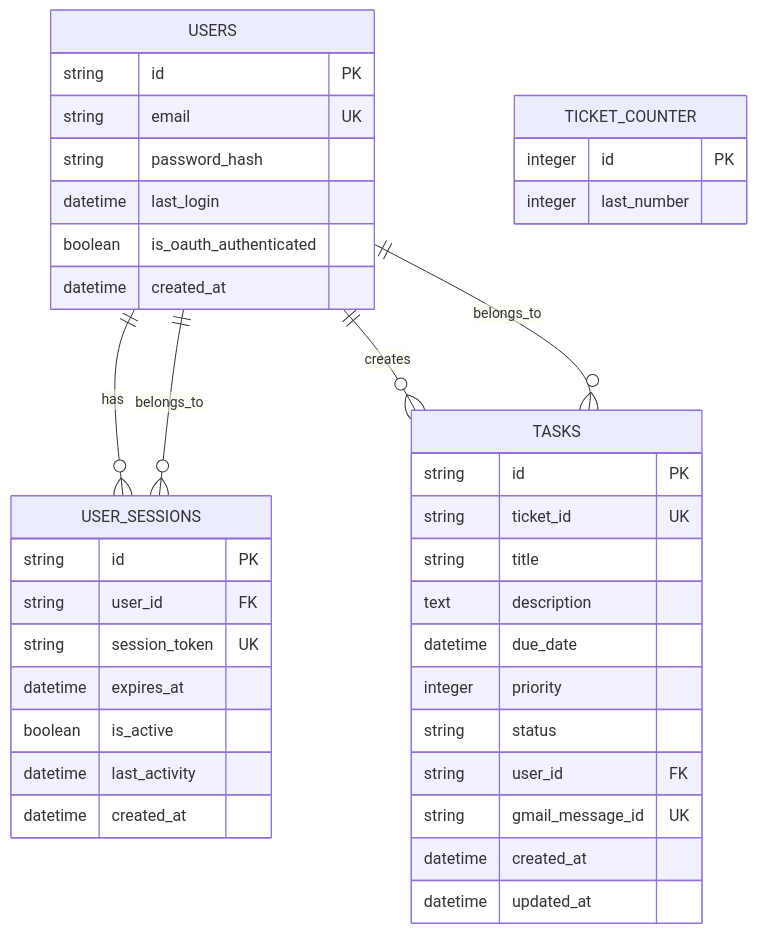
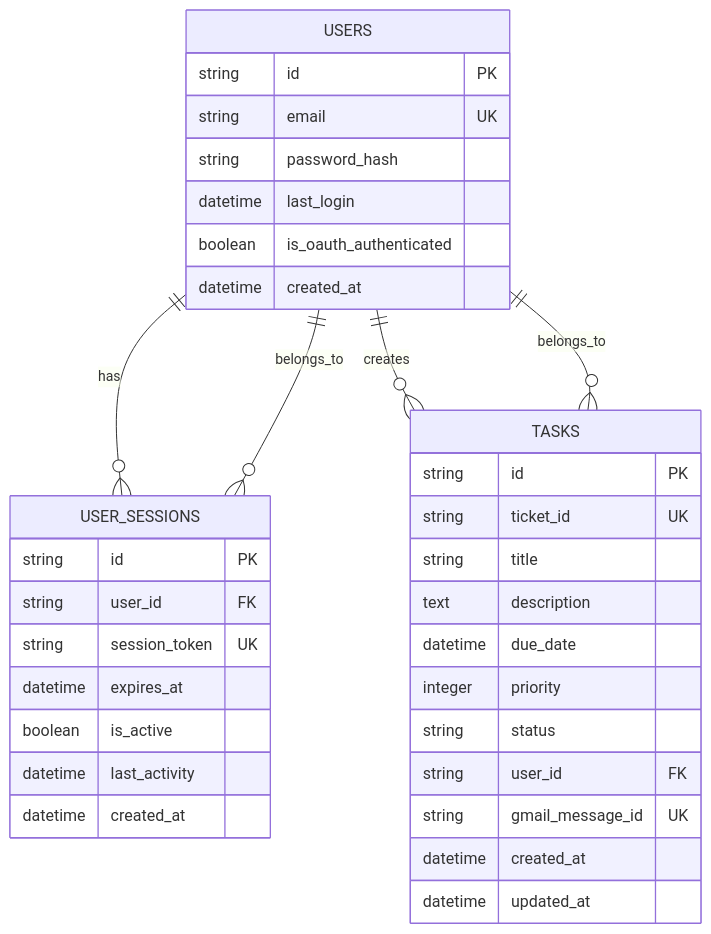
Before and after one commit to ThibautHurson/AssistantToTheRegionalManager: the second of 7 diagrams in README.md, drawn with Mermaid. The commit also changed other lines of this file and 2 other files, not shown here.

````diff
--- a/README.md
+++ b/README.md
@@ -267,45 +231,41 @@
 ```mermaid
 erDiagram
     USERS {
         string id PK
         string email UK
         string password_hash
         datetime last_login
         boolean is_oauth_authenticated
         datetime created_at
     }
     
     USER_SESSIONS {
         string id PK
         string user_id FK
         string session_token UK
         datetime expires_at
         boolean is_active
         datetime last_activity
         datetime created_at
     }
     
     TASKS {
         string id PK
         string ticket_id UK
         string title
         text description
         datetime due_date
         integer priority
         string status
         string user_id FK
         string gmail_message_id UK
         datetime created_at
         datetime updated_at
     }
     
-    TICKET_COUNTER {
-        integer id PK
-        integer last_number
-    }
     
     USERS ||--o{ USER_SESSIONS : "has"
     USERS ||--o{ TASKS : "creates"
     USER_SESSIONS }o--|| USERS : "belongs_to"
     TASKS }o--|| USERS : "belongs_to"
 ```
````
